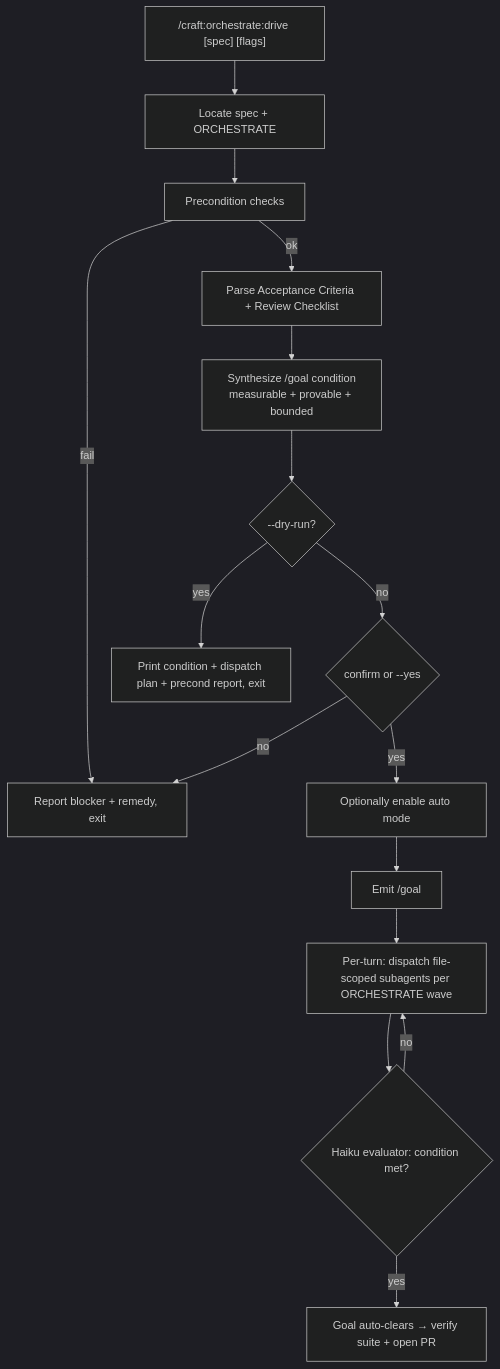
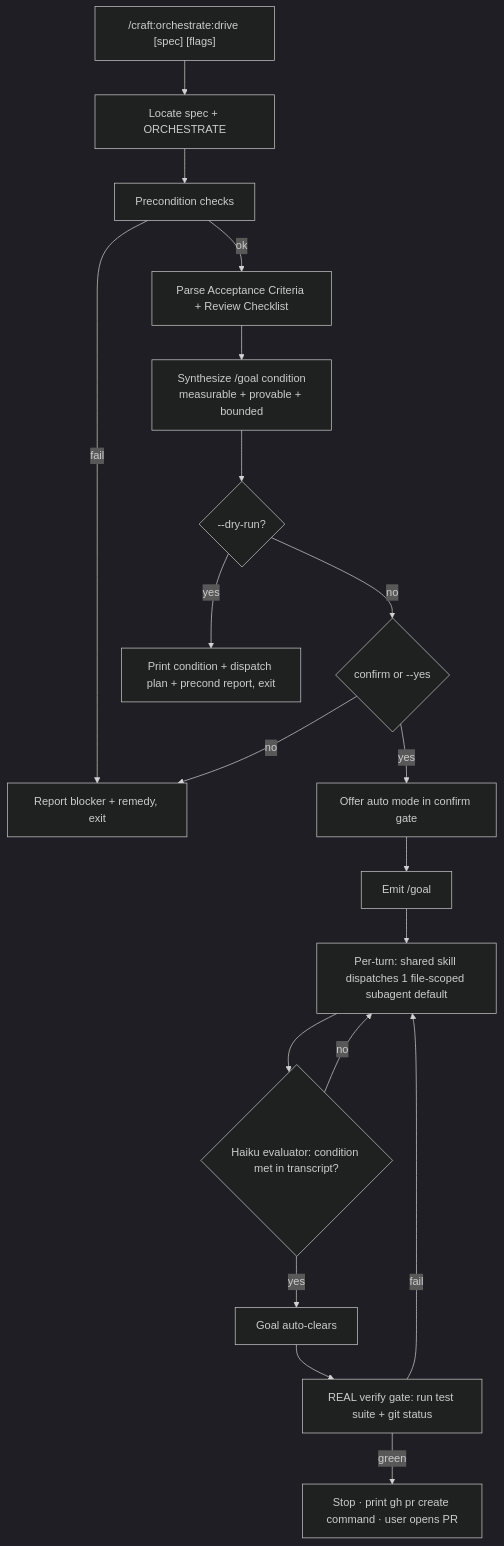
Before and after one commit to Data-Wise/craft: the first of 2 diagrams in docs/specs/SPEC-orchestrate-drive-2026-06-03.md, drawn with Mermaid (dark theme). The commit also changed other lines of this file, not shown here.

First line of the commit message:
docs(specs): revise orchestrate:drive spec after overlap brainstorm

````diff
--- a/docs/specs/SPEC-orchestrate-drive-2026-06-03.md
+++ b/docs/specs/SPEC-orchestrate-drive-2026-06-03.md
@@ -79,18 +117,21 @@
 ```mermaid
 flowchart TD
     A["/craft:orchestrate:drive [spec] [flags]"] --> B[Locate spec + ORCHESTRATE]
     B --> C[Precondition checks]
     C -->|fail| X[Report blocker + remedy, exit]
     C -->|ok| D[Parse Acceptance Criteria + Review Checklist]
     D --> E[Synthesize /goal condition\nmeasurable + provable + bounded]
     E --> F{--dry-run?}
     F -->|yes| G[Print condition + dispatch plan + precond report, exit]
     F -->|no| H{confirm or --yes}
     H -->|no| X
-    H -->|yes| I[Optionally enable auto mode]
+    H -->|yes| I[Offer auto mode in confirm gate]
     I --> J[Emit /goal <condition>]
-    J --> K[Per-turn: dispatch file-scoped subagents per ORCHESTRATE wave]
-    K --> L{Haiku evaluator: condition met?}
+    J --> K[Per-turn: shared skill dispatches 1 file-scoped subagent default]
+    K --> L{Haiku evaluator: condition met in transcript?}
     L -->|no| K
-    L -->|yes| M[Goal auto-clears → verify suite + open PR]
+    L -->|yes| M[Goal auto-clears]
+    M --> N[REAL verify gate: run test suite + git status]
+    N -->|fail| K
+    N -->|green| O[Stop · print gh pr create command · user opens PR]
 ```
````
